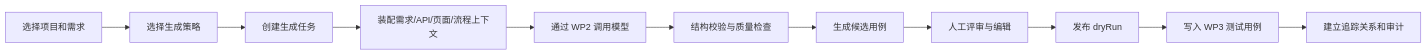
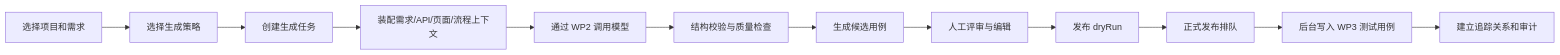
One commit to Sunhg2017/veri-agent changed the diagram in doc/mvp/final/engineering/WP5-AI用例生成与评审-需求文档与PRD.md. Above: the diagram before and after it, drawn with Mermaid. The commit also changed other lines of this file and 43 other files, not shown here.

````diff
--- a/doc/mvp/final/engineering/WP5-AI用例生成与评审-需求文档与PRD.md
+++ b/doc/mvp/final/engineering/WP5-AI用例生成与评审-需求文档与PRD.md
@@ -71,13 +71,14 @@
 ```mermaid
 flowchart LR
     A["选择项目和需求"] --> B["选择生成策略"]
     B --> C["创建生成任务"]
     C --> D["装配需求/API/页面/流程上下文"]
     D --> E["通过 WP2 调用模型"]
     E --> F["结构校验与质量检查"]
     F --> G["生成候选用例"]
     G --> H["人工评审与编辑"]
     H --> I["发布 dryRun"]
-    I --> J["写入 WP3 测试用例"]
-    J --> K["建立追踪关系和审计"]
+    I --> J["正式发布排队"]
+    J --> K["后台写入 WP3 测试用例"]
+    K --> L["建立追踪关系和审计"]
 ```
````
